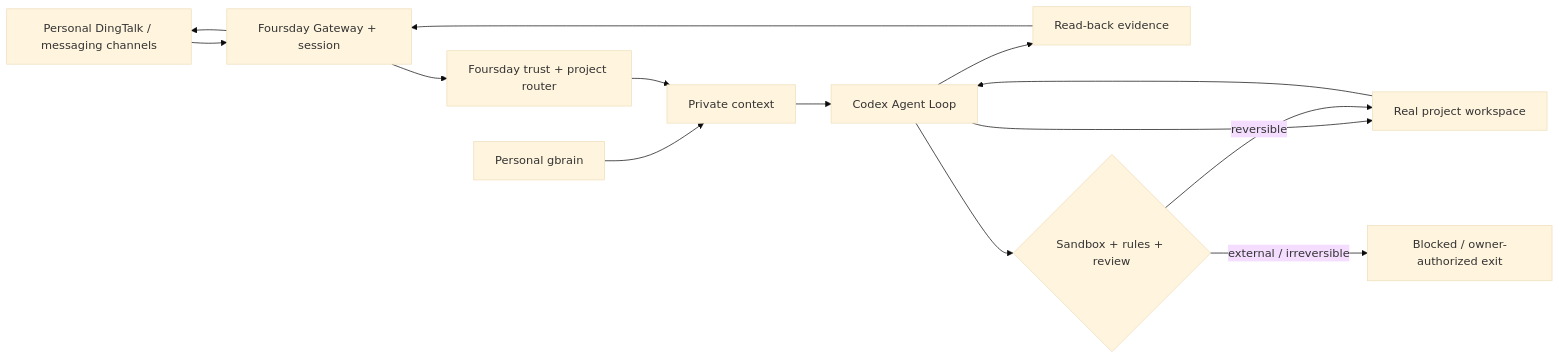
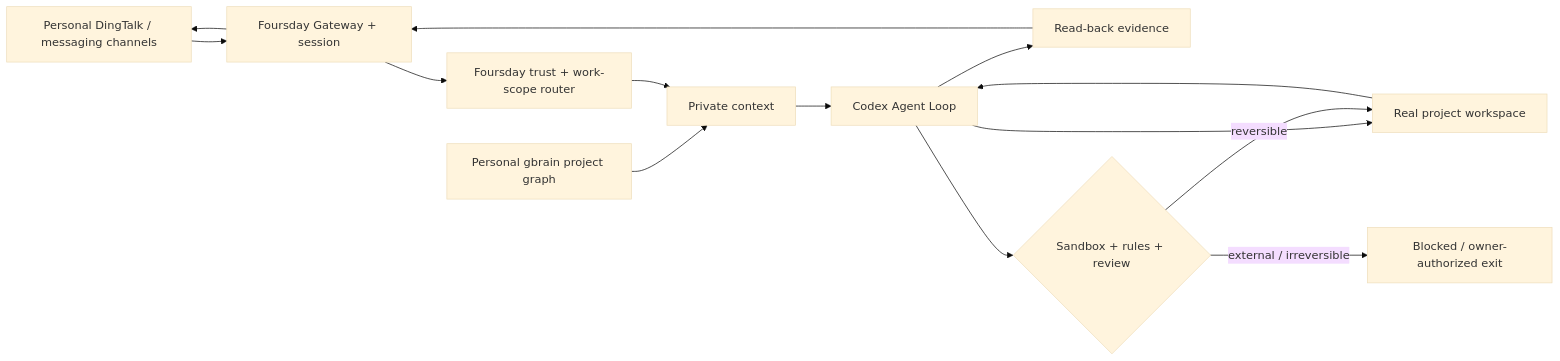
One commit to ruiwang20010702/foursday changed the diagram in README.md. Above: the diagram before and after it, drawn with Mermaid (base theme). The commit also changed other lines of this file and 55 other files, not shown here.

````diff
--- a/README.md
+++ b/README.md
@@ -37,16 +37,16 @@
 ```mermaid
 flowchart LR
     M["Personal DingTalk / messaging channels"] --> T["Foursday Gateway + session"]
-    T --> R["Foursday trust + project router"]
-    G["Personal gbrain"] --> C["Private context"]
+    T --> R["Foursday trust + work-scope router"]
+    G["Personal gbrain project graph"] --> C["Private context"]
     R --> C
     C --> X["Codex Agent Loop"]
     X --> W["Real project workspace"]
     W --> X
     X --> V["Read-back evidence"]
     V --> T
     T --> M
     X --> B{"Sandbox + rules + review"}
     B -->|"reversible"| W
     B -->|"external / irreversible"| O["Blocked / owner-authorized exit"]
 ```
````
